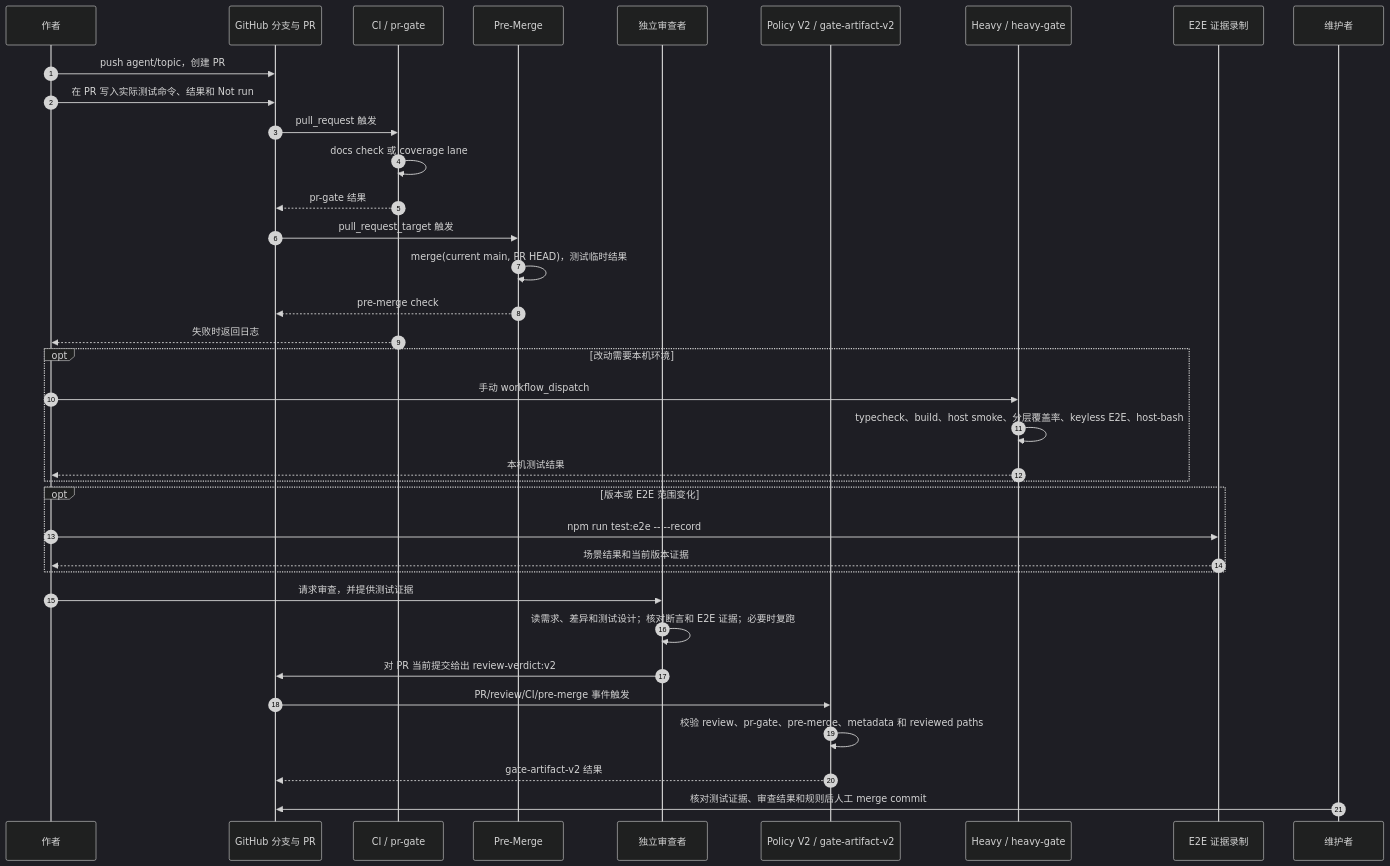
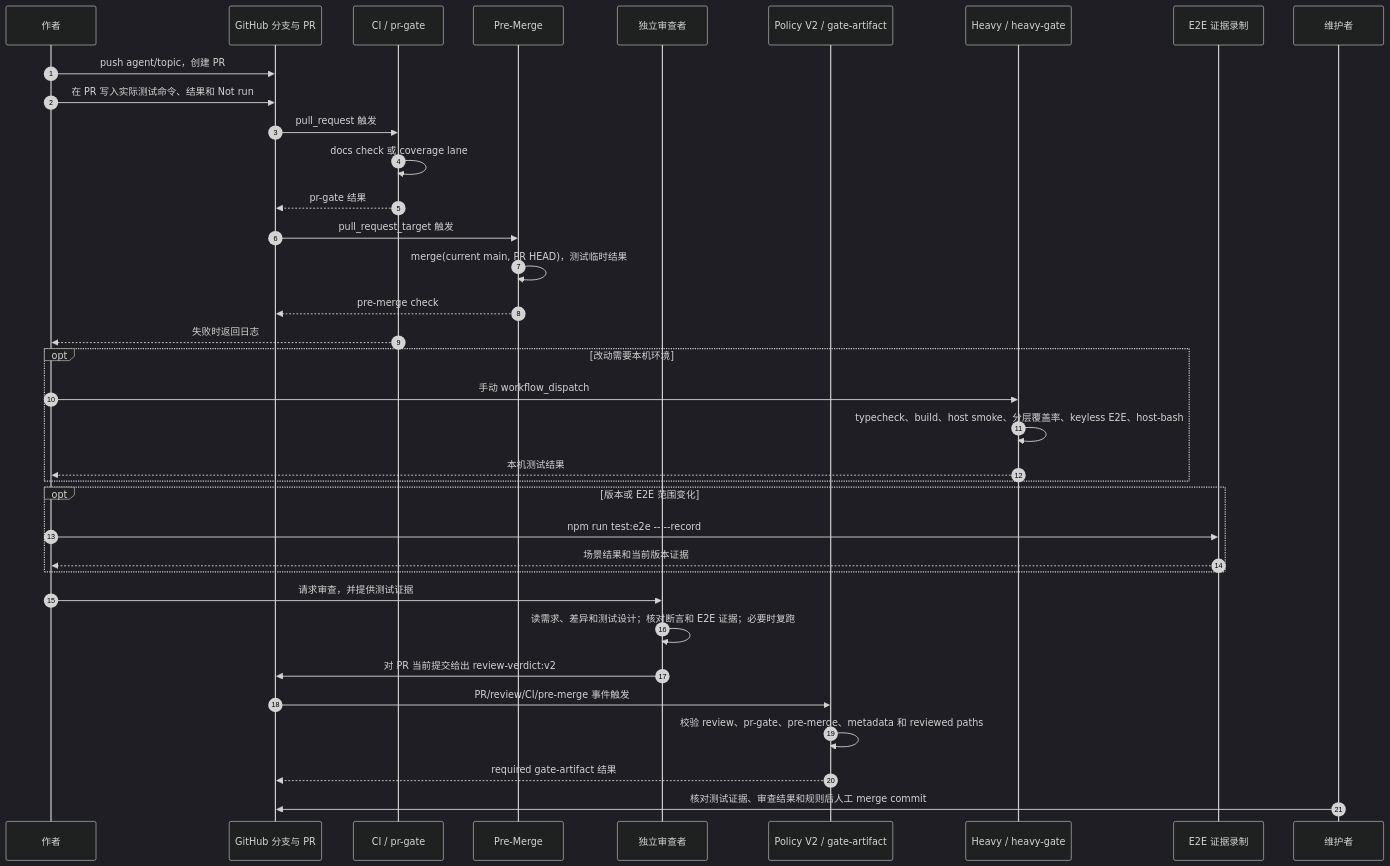
One commit to leigangzhang/dsh-cowork changed the second of 4 diagrams in docs/github-workflow.md. Above: the diagram before and after it, drawn with Mermaid (dark theme). The commit also changed other lines of this file and 12 other files, not shown here.

First line of the commit message:
refactor(policy): make gate-artifact the single required publisher

````diff
--- a/docs/github-workflow.md
+++ b/docs/github-workflow.md
@@ -93,39 +93,39 @@
 ```mermaid
 sequenceDiagram
   autonumber
   participant A as 作者
   participant G as GitHub 分支与 PR
   participant C as CI / pr-gate
   participant PM as Pre-Merge
   participant R as 独立审查者
-  participant P as Policy V2 / gate-artifact-v2
+  participant P as Policy V2 / gate-artifact
   participant H as Heavy / heavy-gate
   participant E as E2E 证据录制
   participant M as 维护者
 
   A->>G: push agent/topic，创建 PR
   A->>G: 在 PR 写入实际测试命令、结果和 Not run
   G->>C: pull_request 触发
   C->>C: docs check 或 coverage lane
   C-->>G: pr-gate 结果
   G->>PM: pull_request_target 触发
   PM->>PM: merge(current main, PR HEAD)，测试临时结果
   PM-->>G: pre-merge check
   C-->>A: 失败时返回日志
   opt 改动需要本机环境
     A->>H: 手动 workflow_dispatch
     H->>H: typecheck、build、host smoke、分层覆盖率、keyless E2E、host-bash
     H-->>A: 本机测试结果
   end
   opt 版本或 E2E 范围变化
     A->>E: npm run test:e2e -- --record
     E-->>A: 场景结果和当前版本证据
   end
   A->>R: 请求审查，并提供测试证据
   R->>R: 读需求、差异和测试设计；核对断言和 E2E 证据；必要时复跑
   R->>G: 对 PR 当前提交给出 review-verdict:v2
   G->>P: PR/review/CI/pre-merge 事件触发
   P->>P: 校验 review、pr-gate、pre-merge、metadata 和 reviewed paths
-  P-->>G: gate-artifact-v2 结果
+  P-->>G: required gate-artifact 结果
   M->>G: 核对测试证据、审查结果和规则后人工 merge commit
 ```
````
